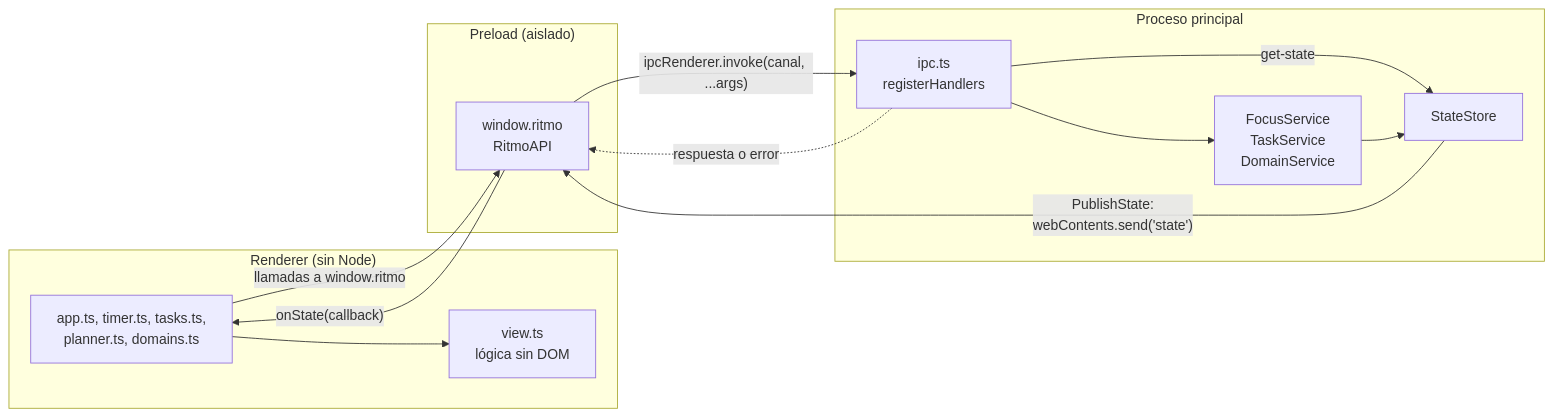
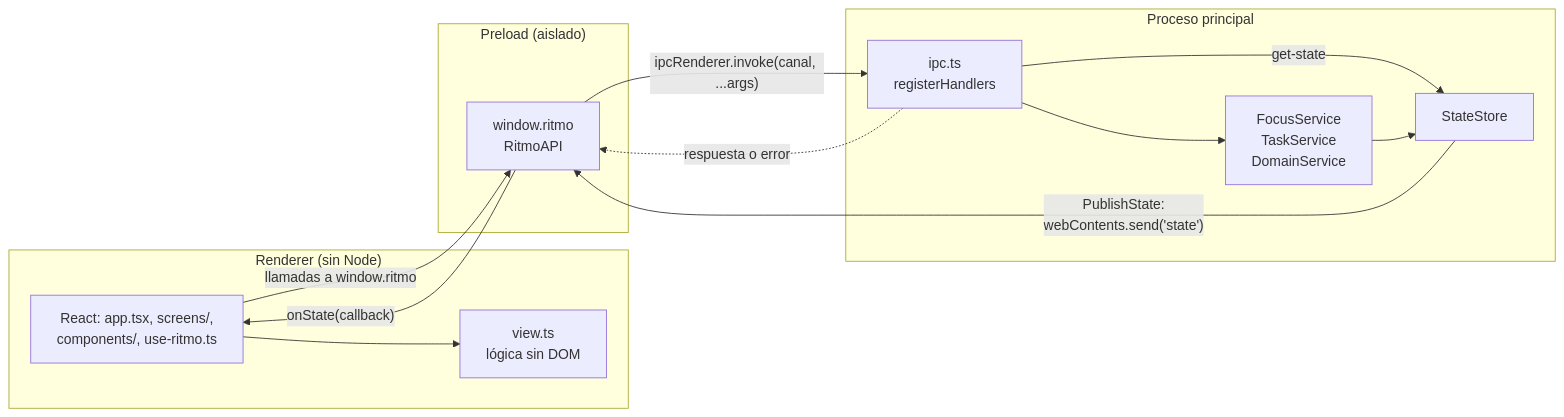
Before and after one commit to DevJuan95/ritmo: the first of 5 diagrams in docs/arquitectura.md, drawn with Mermaid. The commit also changed other lines of this file and 2 other files, not shown here.

First line of the commit message:
Actualiza la documentación al renderer React y al helper de bloqueo

````diff
--- a/docs/arquitectura.md
+++ b/docs/arquitectura.md
@@ -11,27 +11,27 @@
 ```mermaid
 flowchart LR
   subgraph renderer["Renderer (sin Node)"]
-    ui["app.ts, timer.ts, tasks.ts,<br/>planner.ts, domains.ts"]
+    ui["React: app.tsx, screens/,<br/>components/, use-ritmo.ts"]
     view["view.ts<br/>lógica sin DOM"]
     ui --> view
   end
 
   subgraph preload["Preload (aislado)"]
     api["window.ritmo<br/>RitmoAPI"]
   end
 
   subgraph main["Proceso principal"]
     ipc["ipc.ts<br/>registerHandlers"]
     services["FocusService<br/>TaskService<br/>DomainService"]
     store["StateStore"]
     ipc --> services
     ipc -- "get-state" --> store
     services --> store
   end
 
   ui -- "llamadas a window.ritmo" --> api
   api -- "ipcRenderer.invoke(canal, ...args)" --> ipc
   ipc -. "respuesta o error" .-> api
   store -- "PublishState:<br/>webContents.send('state')" --> api
   api -- "onState(callback)" --> ui
 ```
````
